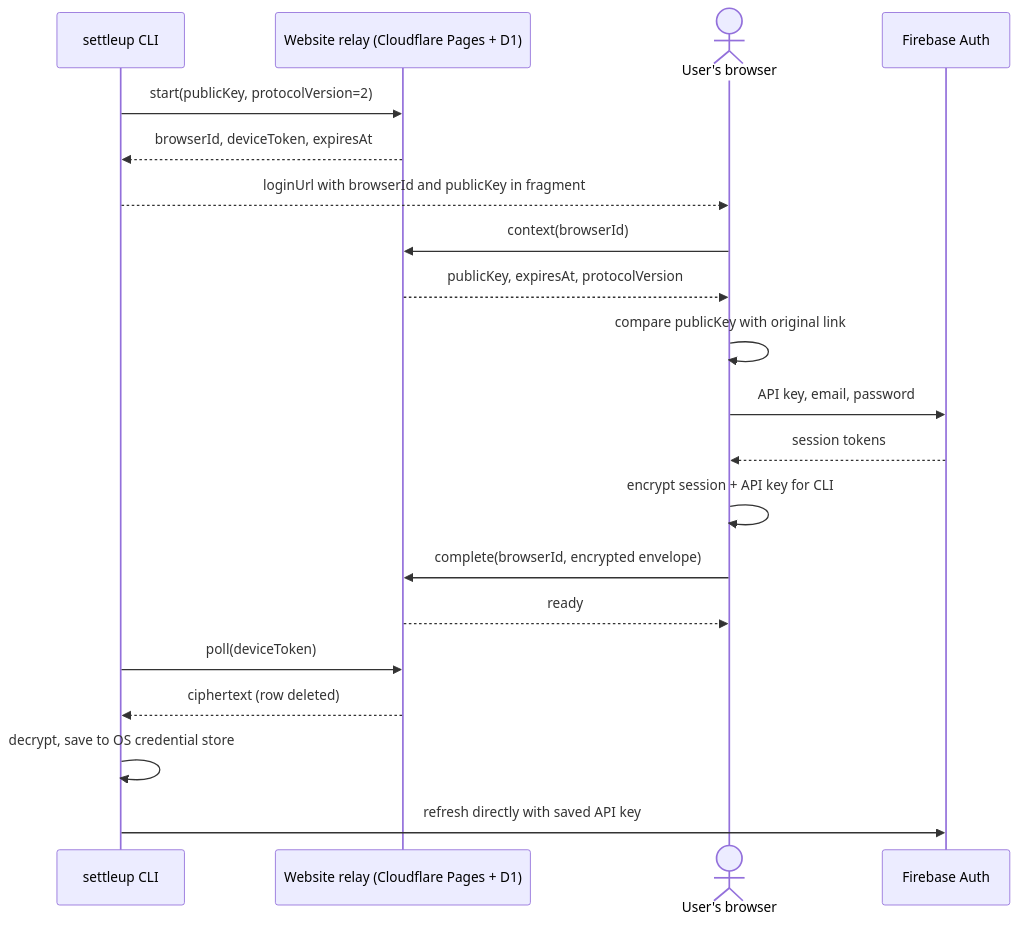
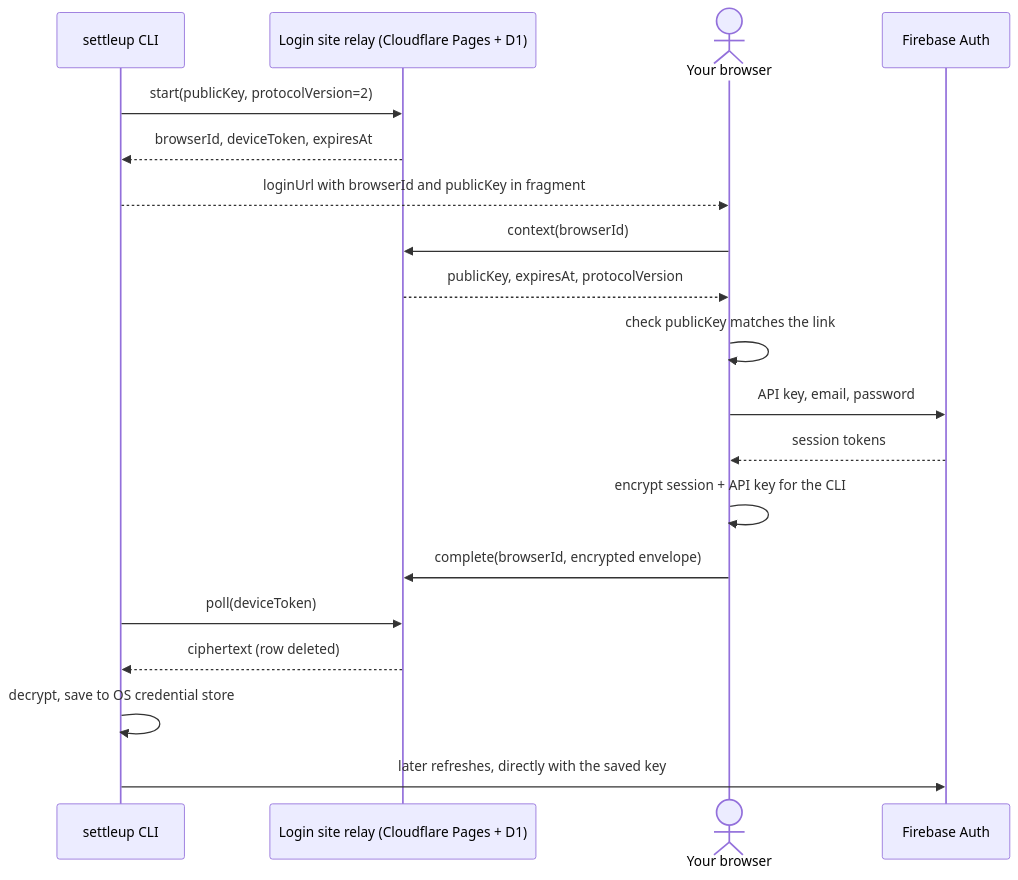
Before and after one commit to NewDae/settle-up-cli: the diagram in LOGIN.md, drawn with Mermaid. The commit also changed other lines of this file and 24 other files, not shown here.

First line of the commit message:
Rewrite sign-in copy around the Settle Up API key

````diff
--- a/LOGIN.md
+++ b/LOGIN.md
@@ -16,22 +38,21 @@
 ```mermaid
 sequenceDiagram
   participant CLI as settleup CLI
-  participant Relay as Website relay (Cloudflare Pages + D1)
-  actor Browser as User's browser
+  participant Relay as Login site relay (Cloudflare Pages + D1)
+  actor Browser as Your browser
   participant FB as Firebase Auth
   CLI->>Relay: start(publicKey, protocolVersion=2)
   Relay-->>CLI: browserId, deviceToken, expiresAt
   CLI-->>Browser: loginUrl with browserId and publicKey in fragment
   Browser->>Relay: context(browserId)
   Relay-->>Browser: publicKey, expiresAt, protocolVersion
-  Browser->>Browser: compare publicKey with original link
+  Browser->>Browser: check publicKey matches the link
   Browser->>FB: API key, email, password
   FB-->>Browser: session tokens
-  Browser->>Browser: encrypt session + API key for CLI
+  Browser->>Browser: encrypt session + API key for the CLI
   Browser->>Relay: complete(browserId, encrypted envelope)
-  Relay-->>Browser: ready
   CLI->>Relay: poll(deviceToken)
   Relay-->>CLI: ciphertext (row deleted)
   CLI->>CLI: decrypt, save to OS credential store
-  CLI->>FB: refresh directly with saved API key
+  CLI->>FB: later refreshes, directly with the saved key
 ```
````
